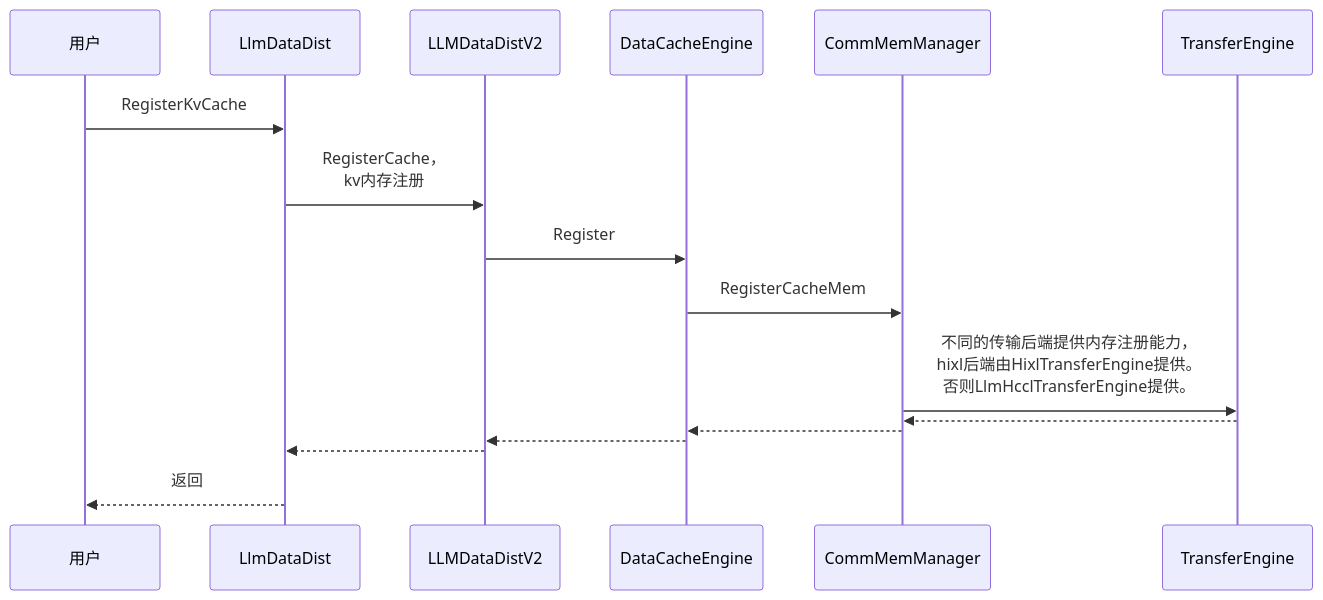
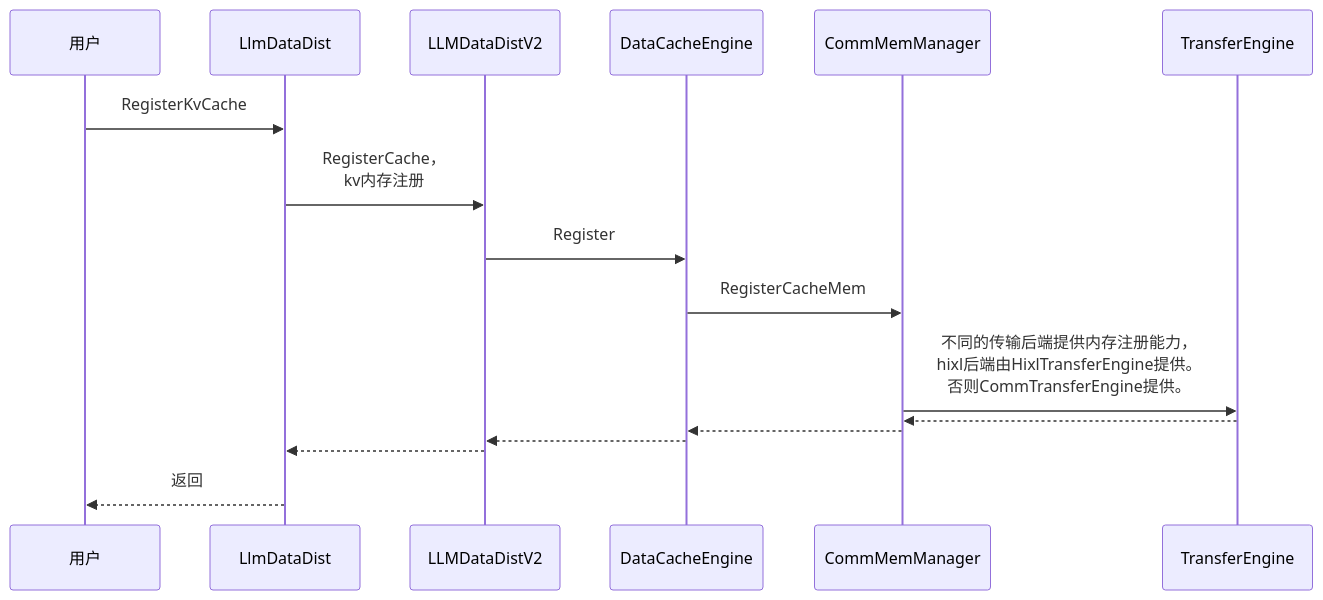
Before and after one commit to hicann/hixl: the fourth of 6 diagrams in docs/zh/design/llm-datadist_supporting_the_hixl_transfer_backend.md, drawn with Mermaid. The commit also changed other lines of this file and 51 other files, not shown here.

First paragraph of the commit message:
[refactor]: rename llm_datadist LlmHccl/adapter_hccl to Comm/comm_adapter

````diff
--- a/docs/zh/design/llm-datadist_supporting_the_hixl_transfer_backend.md
+++ b/docs/zh/design/llm-datadist_supporting_the_hixl_transfer_backend.md
@@ -243,13 +243,13 @@
 ```mermaid
 sequenceDiagram
   用户 ->> LlmDataDist: RegisterKvCache
   LlmDataDist ->> LLMDataDistV2: RegisterCache，<br>kv内存注册
   LLMDataDistV2 ->> DataCacheEngine: Register
   DataCacheEngine ->> CommMemManager: RegisterCacheMem
-  CommMemManager ->> TransferEngine: 不同的传输后端提供内存注册能力，<br>hixl后端由HixlTransferEngine提供。<br>否则LlmHcclTransferEngine提供。
+  CommMemManager ->> TransferEngine: 不同的传输后端提供内存注册能力，<br>hixl后端由HixlTransferEngine提供。<br>否则CommTransferEngine提供。
   TransferEngine -->> CommMemManager:
   CommMemManager -->> DataCacheEngine:
   DataCacheEngine -->> LLMDataDistV2:
   LLMDataDistV2 -->> LlmDataDist:
   LlmDataDist -->> 用户: 返回
 ```
````
